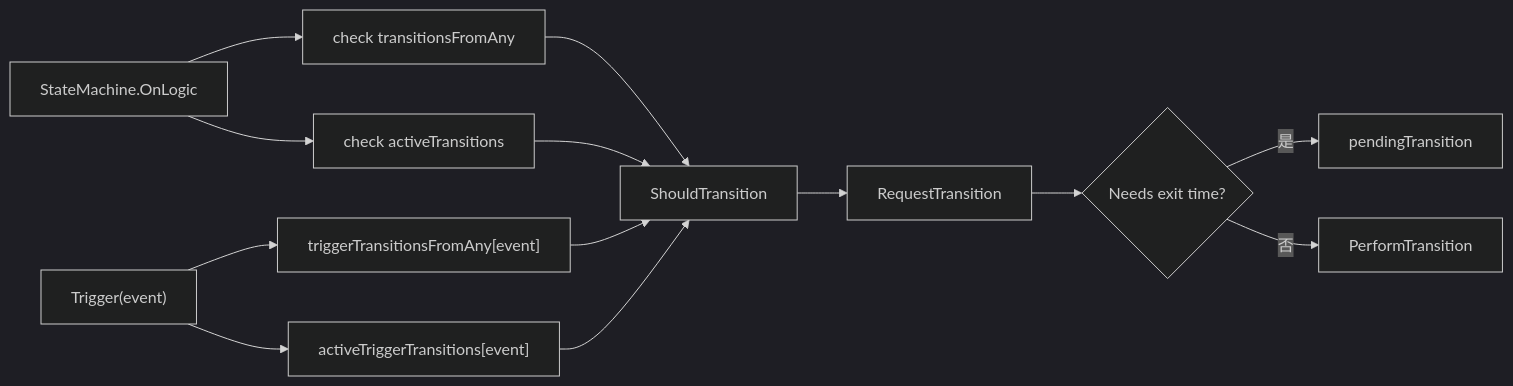
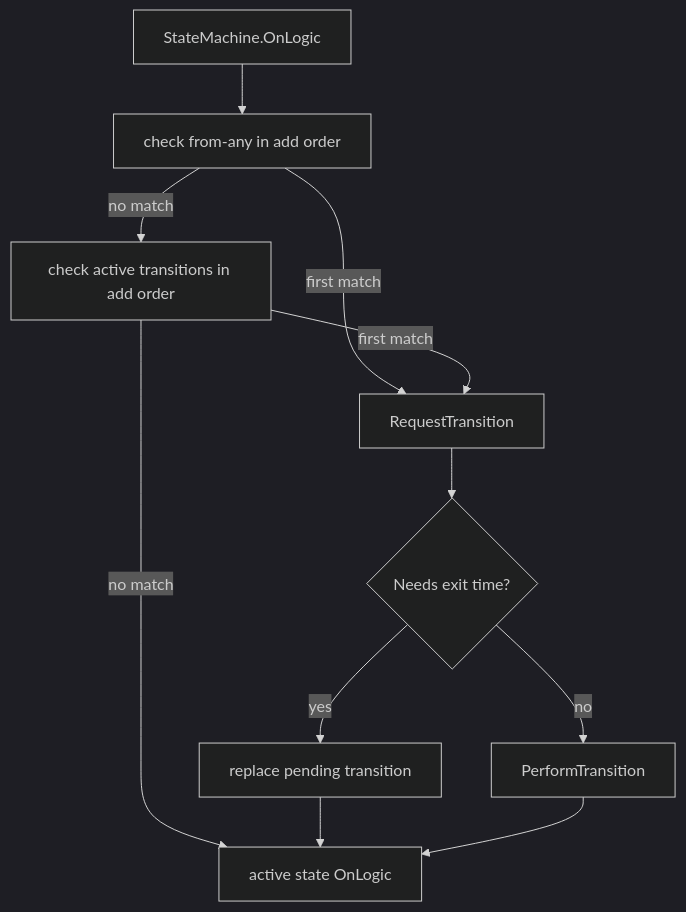
The third of 6 diagrams in Docs/design/05-CommonModules/06-HFSMStateMachine.md (Kurumioi/AbilityKit), drawn with Mermaid (dark theme) before and after one commit. The commit also changed other lines of this file and 881 other files, not shown here.

````diff
--- a/Docs/design/05-CommonModules/06-HFSMStateMachine.md
+++ b/Docs/design/05-CommonModules/06-HFSMStateMachine.md
@@ -145,15 +162,13 @@
 ```mermaid
-flowchart LR
-    Logic["StateMachine.OnLogic"] --> Any["check transitionsFromAny"]
-    Logic --> Active["check activeTransitions"]
-    Event["Trigger(event)"] --> TriggerAny["triggerTransitionsFromAny[event]"]
-    Event --> TriggerActive["activeTriggerTransitions[event]"]
-    Any --> Should["ShouldTransition"]
-    Active --> Should
-    TriggerAny --> Should
-    TriggerActive --> Should
-    Should --> Request["RequestTransition"]
+flowchart TB
+    Logic["StateMachine.OnLogic"] --> Any["check from-any in add order"]
+    Any -->|no match| Active["check active transitions in add order"]
+    Any -->|first match| Request["RequestTransition"]
+    Active -->|first match| Request
+    Active -->|no match| Run["active state OnLogic"]
     Request --> Pending{Needs exit time?}
-    Pending -- 是 --> Store["pendingTransition"]
-    Pending -- 否 --> Perform["PerformTransition"]
+    Pending -->|yes| Store["replace pending transition"]
+    Pending -->|no| Perform["PerformTransition"]
+    Store --> Run
+    Perform --> Run
 ```
````
